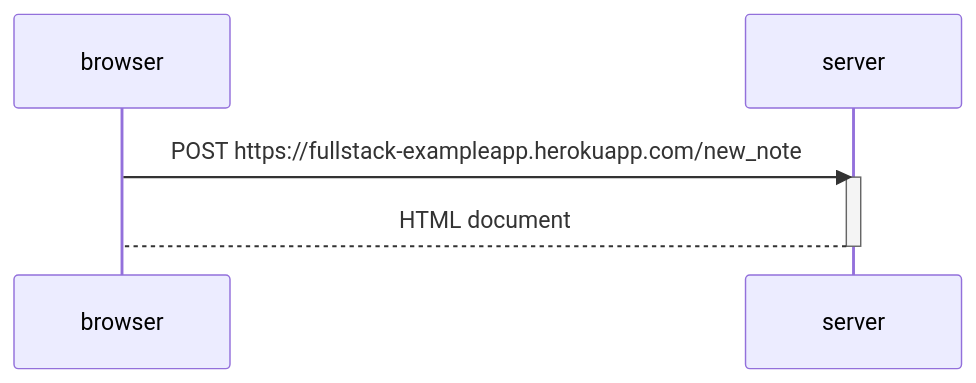
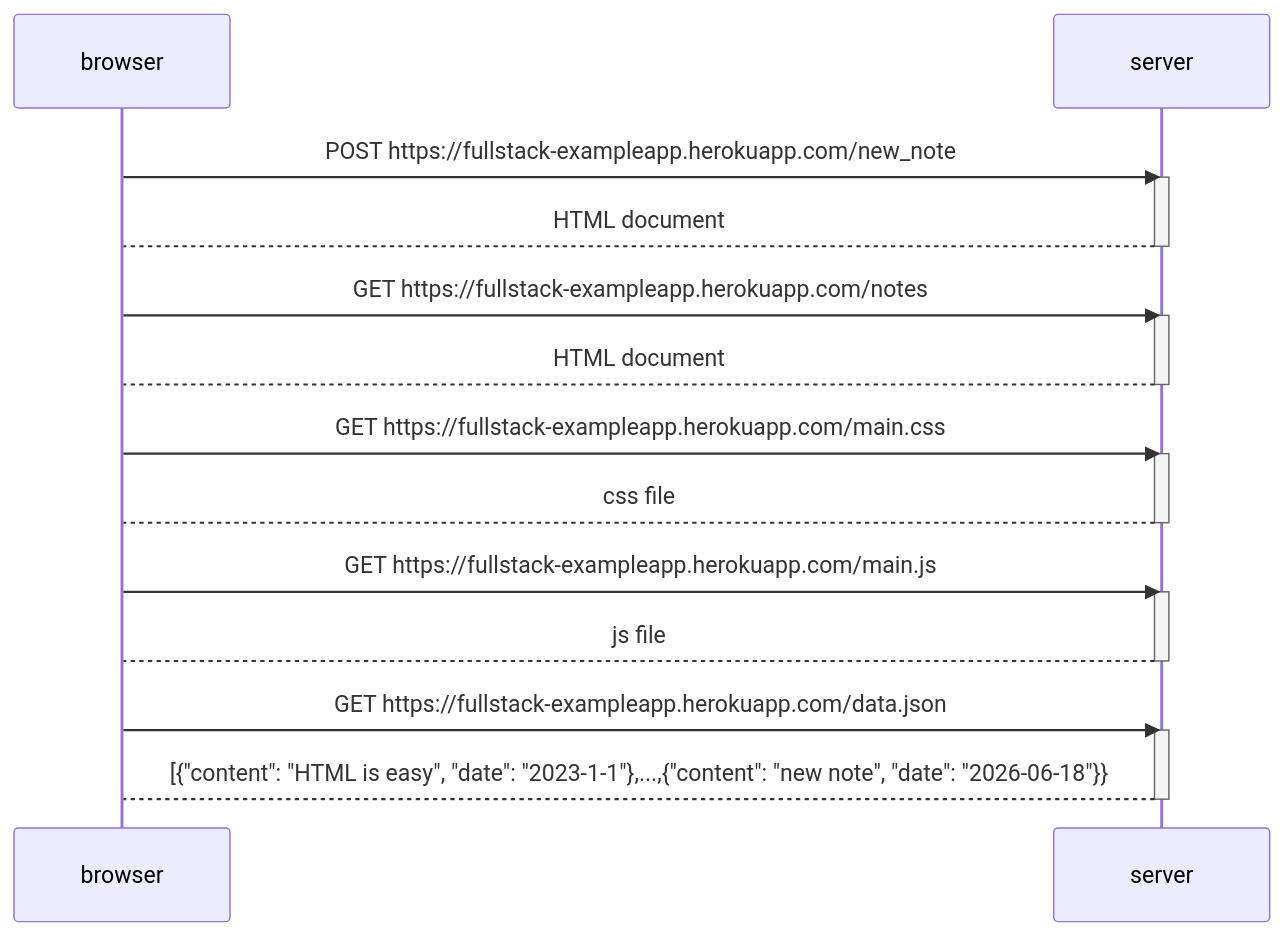
The diagram in part0/exercise0.4.md (djgalak/fullstackopen), drawn with Mermaid before and after one commit.

Commit message:
update graph mermaid

````diff
--- a/part0/exercise0.4.md
+++ b/part0/exercise0.4.md
@@ -1,10 +1,30 @@
 ```mermaid
 sequenceDiagram
     participant browser
     participant server
 
     browser->>server: POST https://fullstack-exampleapp.herokuapp.com/new_note
     activate server
     server-->browser: HTML document
     deactivate server
+
+    browser->>server: GET https://fullstack-exampleapp.herokuapp.com/notes
+    activate server
+    server-->browser: HTML document
+    deactivate server
+
+    browser->>server: GET https://fullstack-exampleapp.herokuapp.com/main.css
+    activate server
+    server-->browser: css file
+    deactivate server
+
+    browser->>server: GET https://fullstack-exampleapp.herokuapp.com/main.js
+    activate server
+    server-->browser: js file
+    deactivate server
+
+    browser->>server: GET https://fullstack-exampleapp.herokuapp.com/data.json
+    activate server
+    server-->browser: [{"content": "HTML is easy", "date": "2023-1-1"},...,{"content": "new note", "date": "2026-06-18"}}
+    deactivate server
 ```
````
